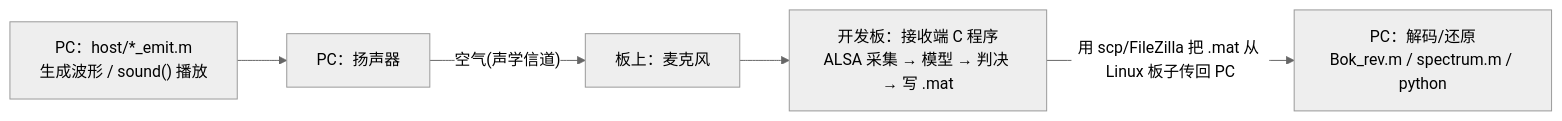
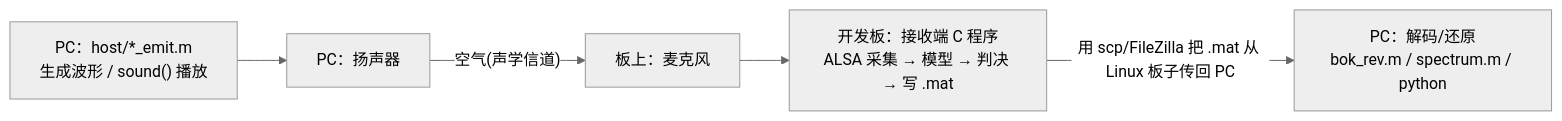
Before and after one commit to padhialuo0426/portable-acoustic-sdr: the diagram in documents/README.md, drawn with Mermaid (neutral theme). The commit also changed 10 other files, not shown here.

````diff
--- a/documents/README.md
+++ b/documents/README.md
@@ -35,11 +35,11 @@
 ```mermaid
 flowchart LR
     emit["PC：host/*_emit.m<br/>生成波形 / sound() 播放"]
     spk["PC：扬声器"]
     mic["板上：麦克风"]
     rx["开发板：接收端 C 程序<br/>ALSA 采集 → 模型 → 判决 → 写 .mat"]
-    dec["PC：解码/还原<br/>Bok_rev.m / spectrum.m / python"]
+    dec["PC：解码/还原<br/>bok_rev.m / spectrum.m / python"]
 
     emit --> spk -->|"空气(声学信道)"| mic --> rx
     rx -->|"用 scp/FileZilla 把 .mat 从 Linux 板子传回 PC"| dec
 ```
````
